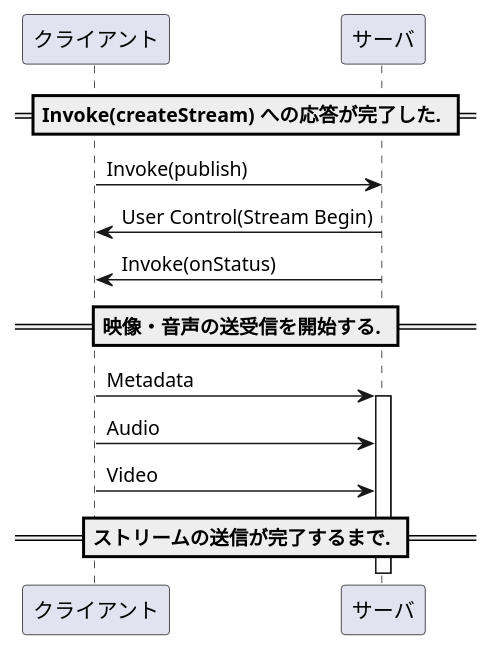
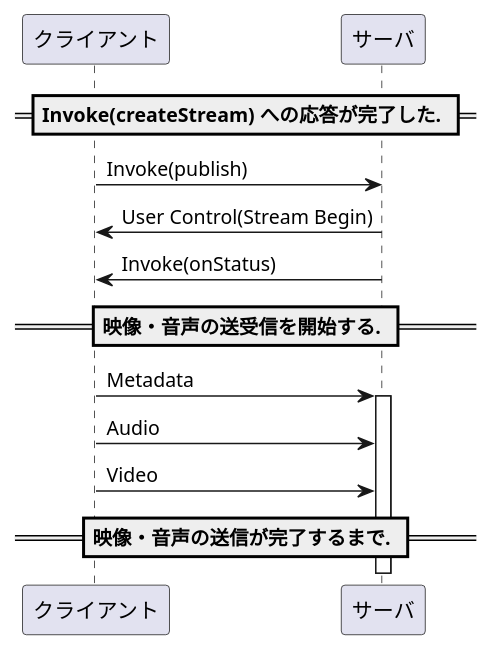
The eighth of 9 diagrams in src/markdowns/Overview.md (t-matsudate/rtmp-reports-src), drawn with PlantUML before and after one commit. The commit also changed other lines of this file and 1 other file, not shown here.

Commit message:
Added: The current RTMP connection sequences.

```diff
--- a/src/markdowns/Overview.md
+++ b/src/markdowns/Overview.md
@@ -2045,11 +2045,11 @@
 @startuml
 == Invoke(createStream) への応答が完了した. ==
 クライアント -> サーバ: Invoke(publish)
 サーバ -> クライアント: User Control(Stream Begin)
 サーバ -> クライアント: Invoke(onStatus)
 == 映像・音声の送受信を開始する. ==
 クライアント -> サーバ ++ : Metadata
 クライアント -> サーバ: Audio
 クライアント -> サーバ: Video
-== ストリームの送信が完了するまで. ==
+== 映像・音声の送信が完了するまで. ==
 @enduml
```
